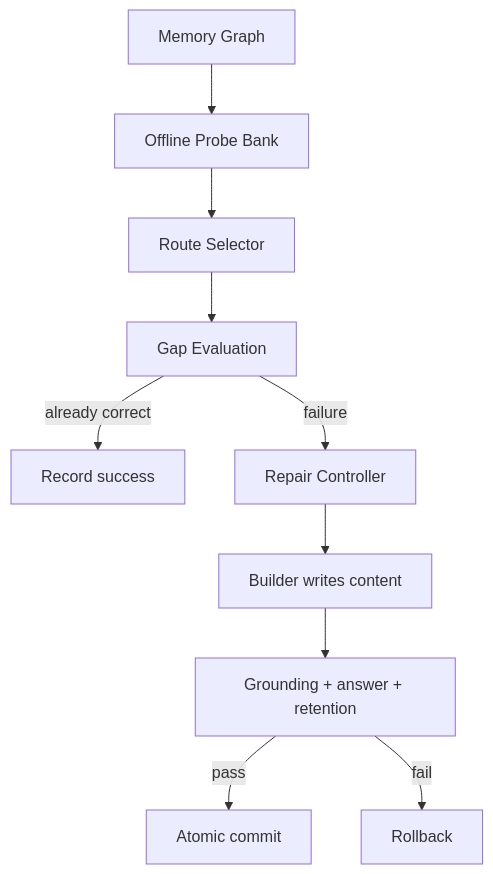
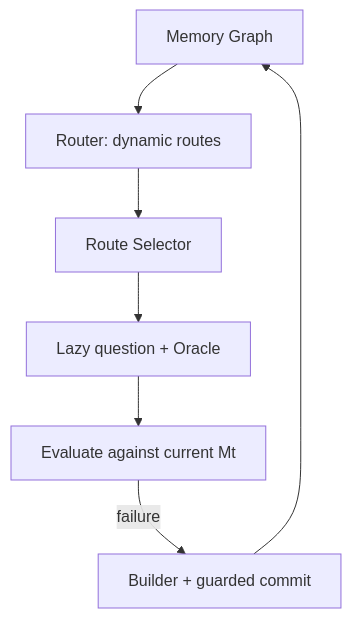
One commit to wangxinyufighting/adv_mem changed the diagram in MINIMAL_PIPELINE.md. Above: the diagram before and after it, drawn with Mermaid. The commit also changed other lines of this file and 20 other files, not shown here.

Commit message:
train attacker on dynamic graph routes

````diff
--- a/MINIMAL_PIPELINE.md
+++ b/MINIMAL_PIPELINE.md
@@ -25,12 +18,9 @@
 ```mermaid
 flowchart TD
-    G["Memory Graph"] --> B["Offline Probe Bank"]
-    B --> A["Route Selector"]
-    A --> E["Gap Evaluation"]
-    E -->|"already correct"| S["Record success"]
-    E -->|"failure"| C["Repair Controller"]
-    C --> M["Builder writes content"]
-    M --> V["Grounding + answer + retention"]
-    V -->|"pass"| K["Atomic commit"]
-    V -->|"fail"| R["Rollback"]
+    G["Memory Graph"] --> R["Router: dynamic routes"]
+    R --> A["Route Selector"]
+    A --> Q["Lazy question + Oracle"]
+    Q --> E["Evaluate against current Mt"]
+    E -->|"failure"| B["Builder + guarded commit"]
+    B --> G
 ```
````
